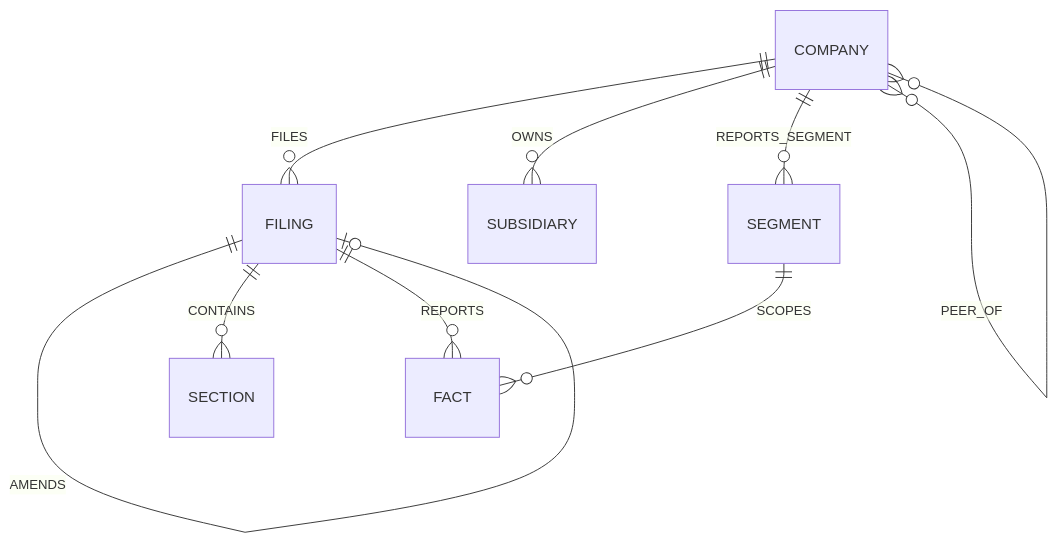
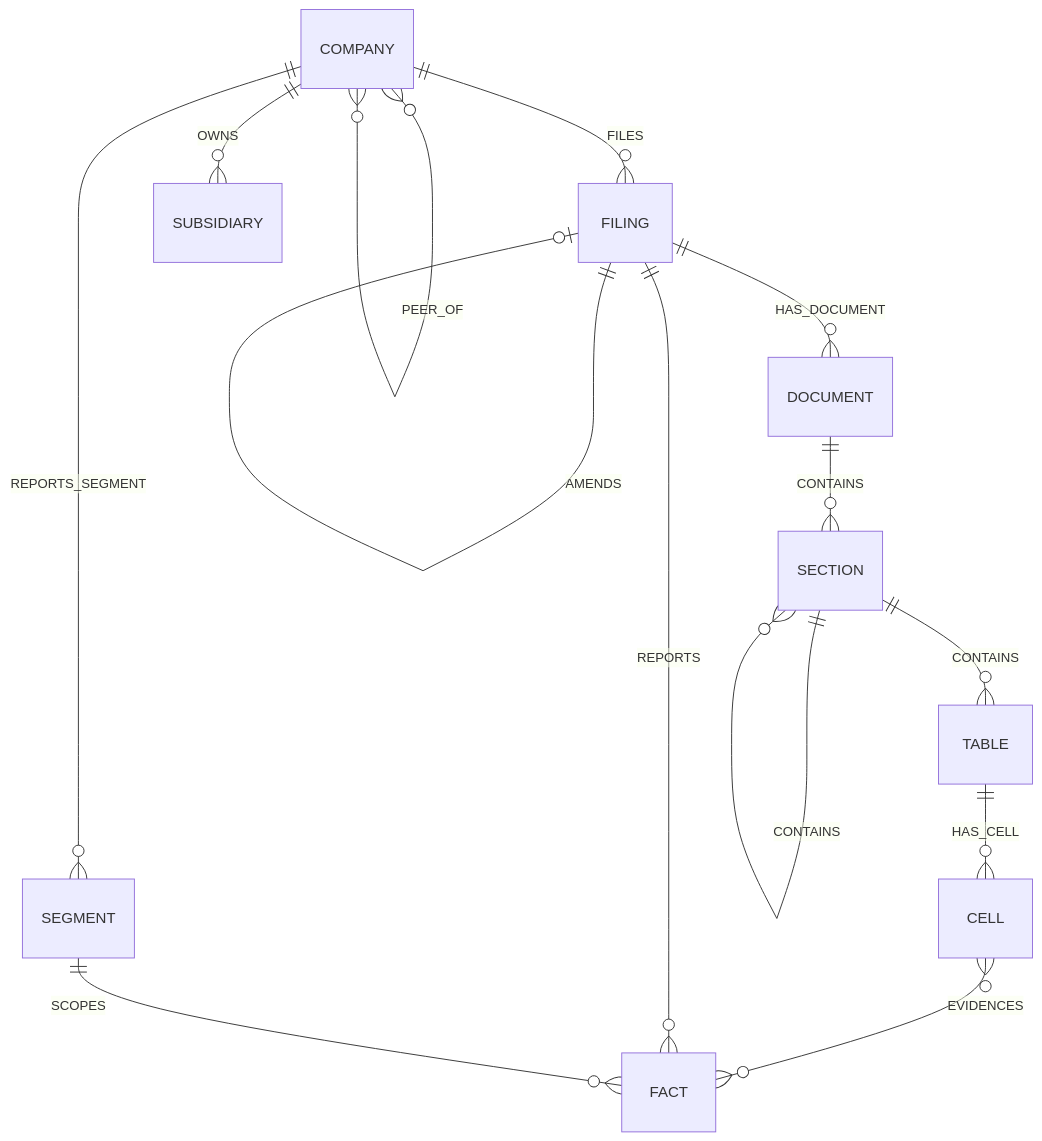
Before and after one commit to ZiyiClaudiaWang/KPMG-GraphRAG: the diagram in docs/schema-ids-operations.md, drawn with Mermaid. The commit also changed other lines of this file, not shown here.

````diff
--- a/docs/schema-ids-operations.md
+++ b/docs/schema-ids-operations.md
@@ -100,11 +110,16 @@
 ```mermaid
 erDiagram
-  COMPANY ||--o{ FILING : FILES
-  FILING  ||--o| FILING : AMENDS
-  FILING  ||--o{ SECTION : CONTAINS
-  FILING  ||--o{ FACT : REPORTS
-  COMPANY ||--o{ SUBSIDIARY : OWNS
-  COMPANY ||--o{ SEGMENT : REPORTS_SEGMENT
-  SEGMENT ||--o{ FACT : SCOPES
-  COMPANY }o--o{ COMPANY : PEER_OF
+  COMPANY  ||--o{ FILING : FILES
+  FILING   ||--o| FILING : AMENDS
+  FILING   ||--o{ DOCUMENT : HAS_DOCUMENT
+  DOCUMENT ||--o{ SECTION : CONTAINS
+  SECTION  ||--o{ SECTION : CONTAINS
+  SECTION  ||--o{ TABLE : CONTAINS
+  TABLE    ||--o{ CELL : HAS_CELL
+  CELL     }o--o{ FACT : EVIDENCES
+  FILING   ||--o{ FACT : REPORTS
+  COMPANY  ||--o{ SUBSIDIARY : OWNS
+  COMPANY  ||--o{ SEGMENT : REPORTS_SEGMENT
+  SEGMENT  ||--o{ FACT : SCOPES
+  COMPANY  }o--o{ COMPANY : PEER_OF
 ```
````
